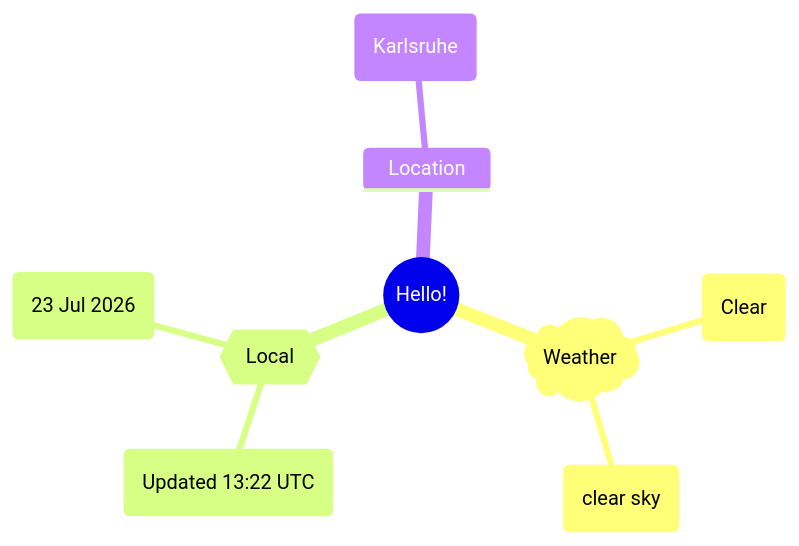
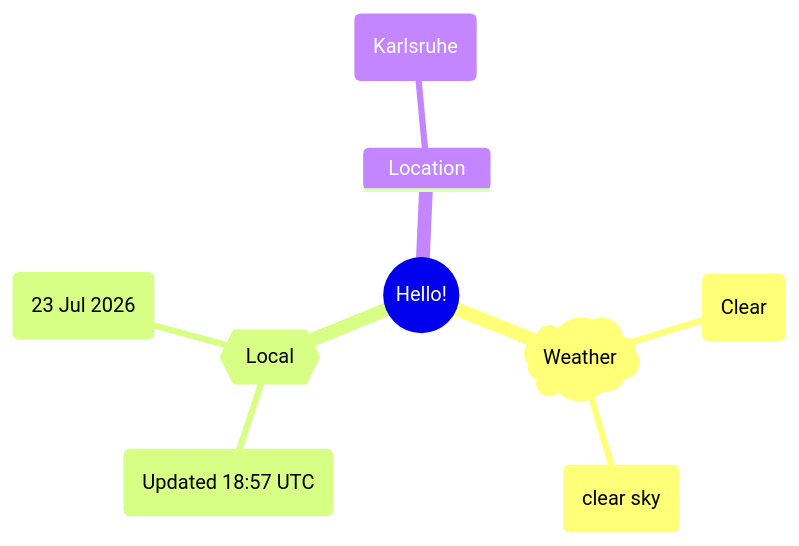
The first of 2 diagrams in README.md (Xosrov/Xosrov), drawn with Mermaid before and after one commit.

Commit message:
[bot] updated images

````diff
--- a/README.md
+++ b/README.md
@@ -3,12 +3,12 @@
 ```mermaid
 mindmap
   root((Hello!))
     )Weather(
         (Clear)
         (clear sky)
     {{Local}}
-        (Updated 13:22 UTC)
+        (Updated 18:57 UTC)
         (23 Jul 2026)
     Location
         (Karlsruhe)
 ```
````
